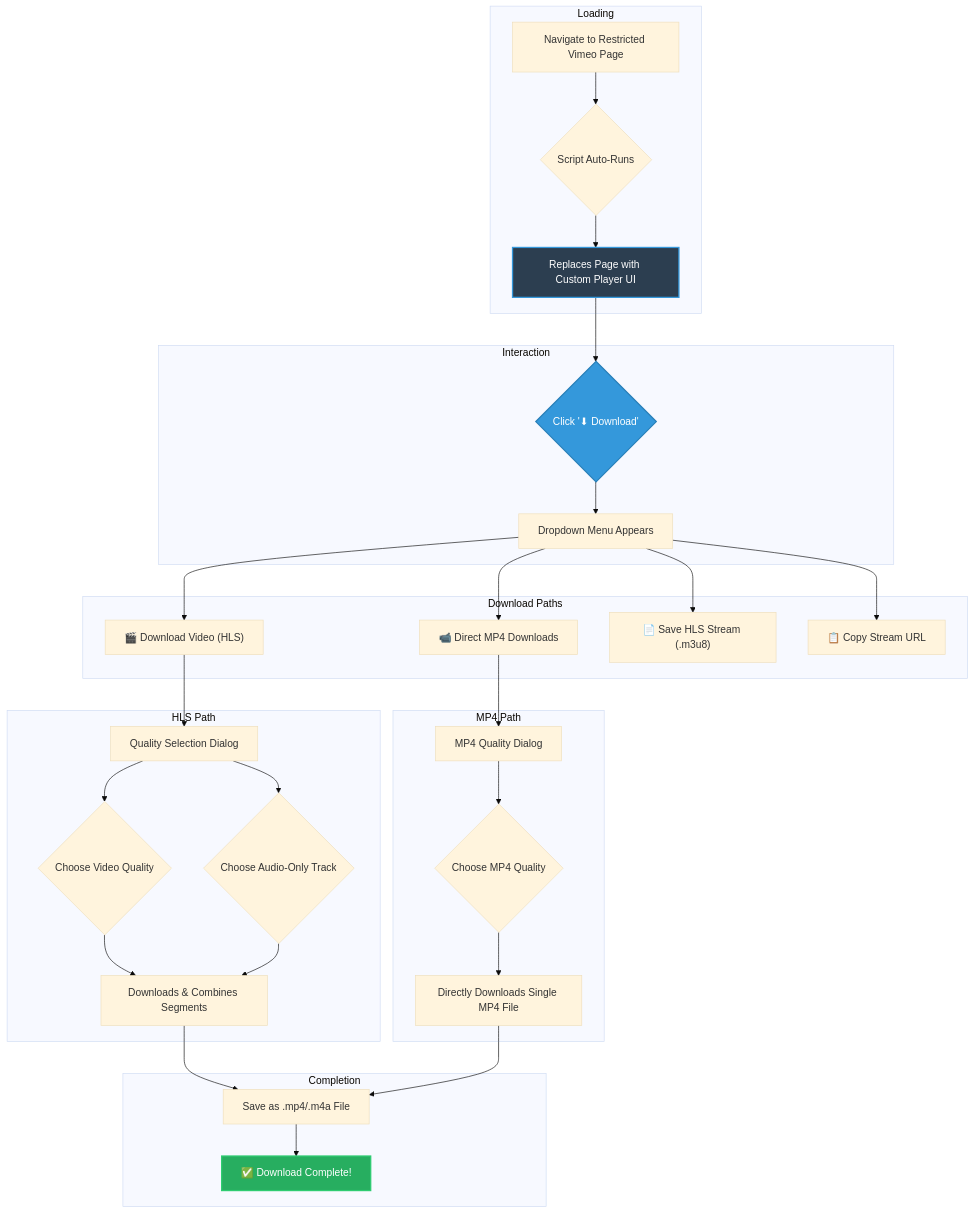
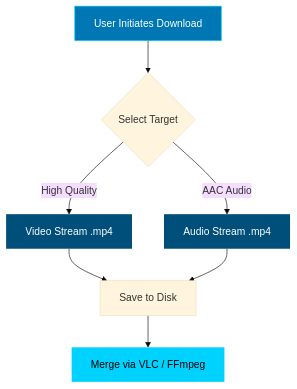
The diagram in README.md (5f32797a/VimeoSPL), drawn with Mermaid (base theme) before and after one commit. The commit also changed other lines of this file and 1 other file, not shown here.

First line of the commit message:
Upgrade to Vimeo SPL v4.0 with Modern UI and Enhanced Features

````diff
--- a/README.md
+++ b/README.md
@@ -73,43 +80,14 @@
 ```mermaid
 graph TD
-    subgraph "Loading"
-        A[Navigate to Restricted Vimeo Page] --> B{Script Auto-Runs};
-        B --> C[Replaces Page with Custom Player UI];
-    end
-
-    subgraph "Interaction"
-        C --> D{Click '⬇ Download'};
-        D --> E[Dropdown Menu Appears];
-    end
-
-    subgraph "Download Paths"
-        E --> F["🎬 Download Video (HLS)"];
-        E --> G["📹 Direct MP4 Downloads"];
-        E --> H["📄 Save HLS Stream (.m3u8)"];
-        E --> I["📋 Copy Stream URL"];
-    end
-
-    subgraph "HLS Path"
-        F --> J[Quality Selection Dialog];
-        J --> K{Choose Video Quality};
-        J --> L{Choose Audio-Only Track};
-        K --> M[Downloads & Combines Segments];
-        L --> M;
-    end
-
-    subgraph "MP4 Path"
-        G --> N[MP4 Quality Dialog];
-        N --> O{Choose MP4 Quality};
-        O --> P[Directly Downloads Single MP4 File];
-    end
-
-    subgraph "Completion"
-        M --> Q[Save as .mp4/.m4a File];
-        P --> Q;
-        Q --> R["✅ Download Complete!"];
-    end
-
-    style C fill:#2c3e50,stroke:#3498db,stroke-width:2px,color:#fff
-    style D fill:#3498db,stroke:#2980b9,stroke-width:2px,color:#fff
-    style R fill:#27ae60,stroke:#2ecc71,stroke-width:2px,color:#fff
+    A[User Initiates Download] --> B{Select Target}
+    B -->|High Quality| C[Video Stream .mp4]
+    B -->|AAC Audio| D[Audio Stream .mp4]
+    C --> E[Save to Disk]
+    D --> E
+    E --> F[Merge via VLC / FFmpeg]
+    
+    style A fill:#0077B5,color:white,stroke:#00d2ff
+    style C fill:#004E7A,color:white,stroke:none
+    style D fill:#004E7A,color:white,stroke:none
+    style F fill:#00d2ff,color:black,stroke:none
 ```
````
